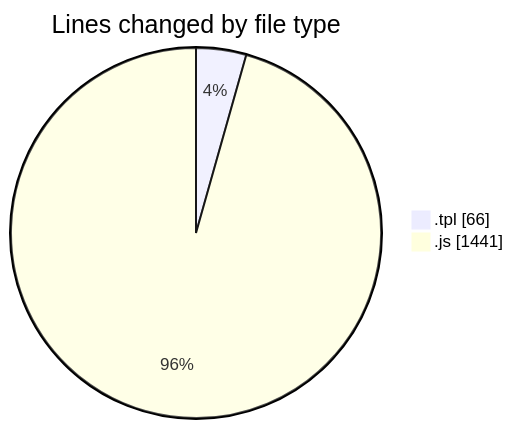
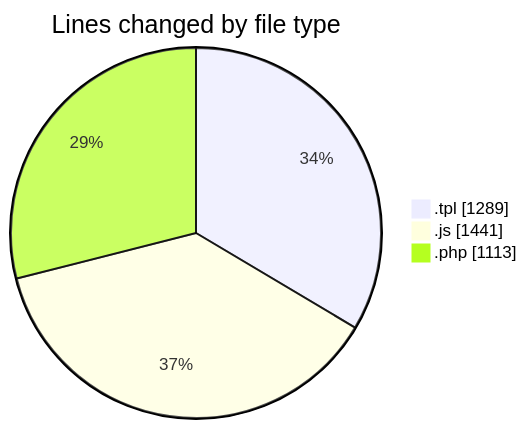
One commit to vahidmafi/code-tracking changed the first of 2 diagrams in 2025-03-24/zeytoon/README.md. Above: the diagram before and after it, drawn with Mermaid. The commit also changed other lines of this file and 1 other file, not shown here.

````diff
--- a/2025-03-24/zeytoon/README.md
+++ b/2025-03-24/zeytoon/README.md
@@ -21,6 +23,7 @@
 ```mermaid
 pie showData
 title Lines changed by file type
-".tpl" : 66
+".tpl" : 1289
 ".js" : 1441
+".php" : 1113
 ```
````
